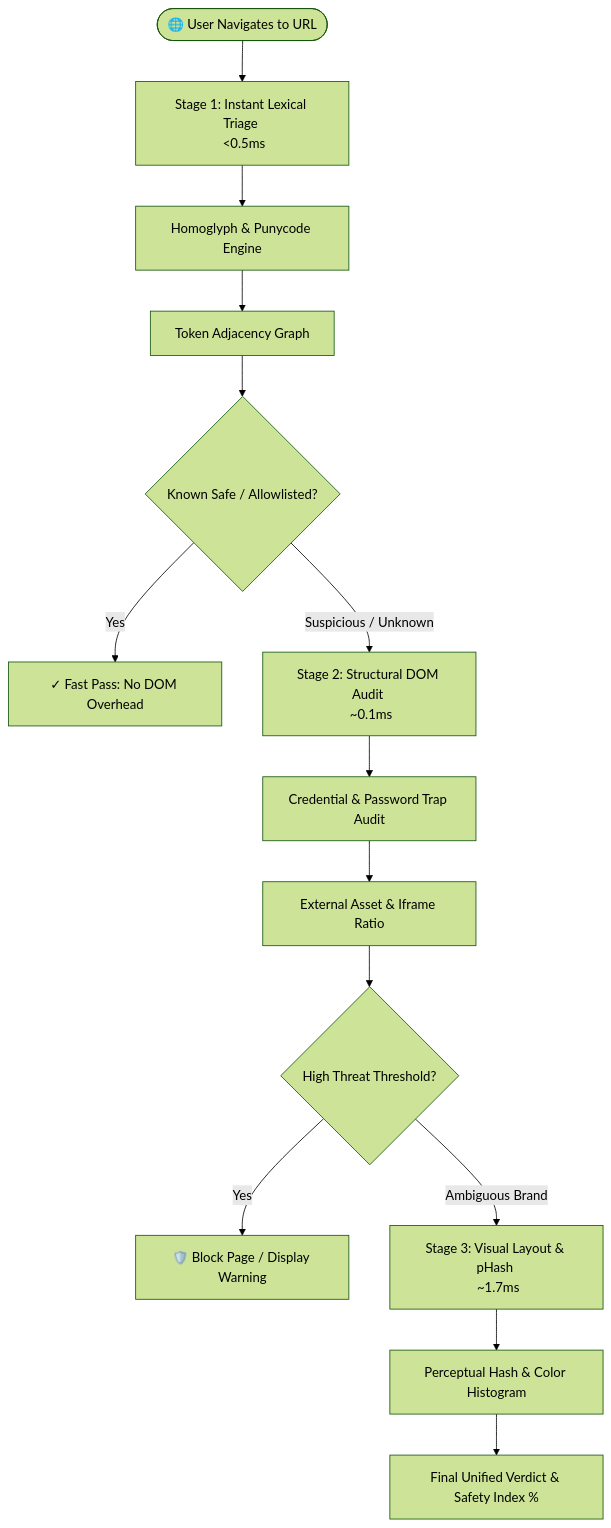
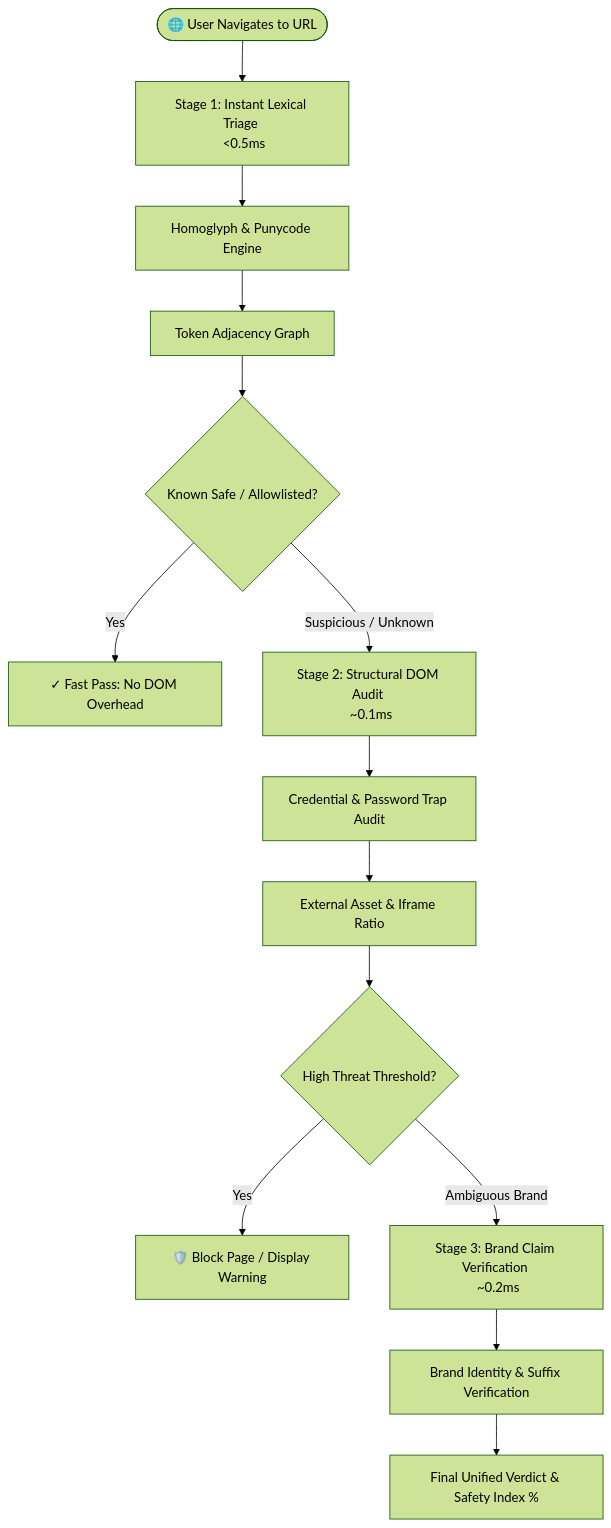
One commit to Grey0009/phishguard changed the diagram in README.md. Above: the diagram before and after it, drawn with Mermaid (forest theme). The commit also changed other lines of this file and 38 other files, not shown here.

````diff
--- a/README.md
+++ b/README.md
@@ -48,20 +36,20 @@
 ```mermaid
 flowchart TD
     UserNav([🌐 User Navigates to URL]) --> PreClick[Stage 1: Instant Lexical Triage <br/> <0.5ms]
     PreClick --> Homoglyph[Homoglyph & Punycode Engine]
     Homoglyph --> Graph[Token Adjacency Graph]
     
     Graph --> Decision1{Known Safe / Allowlisted?}
     Decision1 -- Yes --> FastPass[✓ Fast Pass: No DOM Overhead]
     Decision1 -- Suspicious / Unknown --> Stage2[Stage 2: Structural DOM Audit <br/> ~0.1ms]
     
     Stage2 --> Forms[Credential & Password Trap Audit]
     Forms --> ResRatio[External Asset & Iframe Ratio]
     ResRatio --> Decision2{High Threat Threshold?}
     
     Decision2 -- Yes --> Defend[🛡️ Block Page / Display Warning]
-    Decision2 -- Ambiguous Brand --> Stage3[Stage 3: Visual Layout & pHash <br/> ~1.7ms]
+    Decision2 -- Ambiguous Brand --> Stage3[Stage 3: Brand Claim Verification <br/> ~0.2ms]
     
-    Stage3 --> VisualMatch[Perceptual Hash & Color Histogram]
+    Stage3 --> VisualMatch[Brand Identity & Suffix Verification]
     VisualMatch --> Verdict[Final Unified Verdict & Safety Index %]
 ```
````
